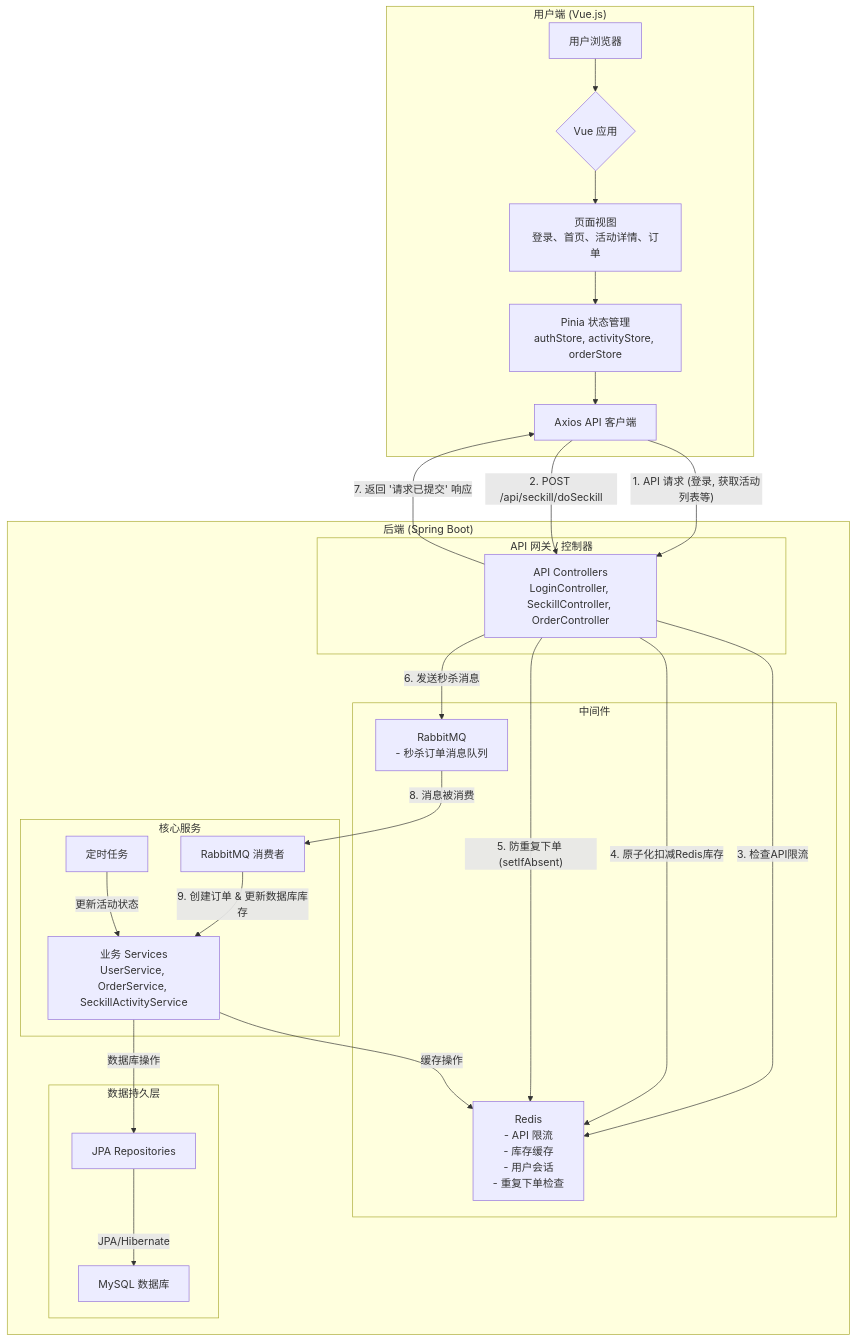
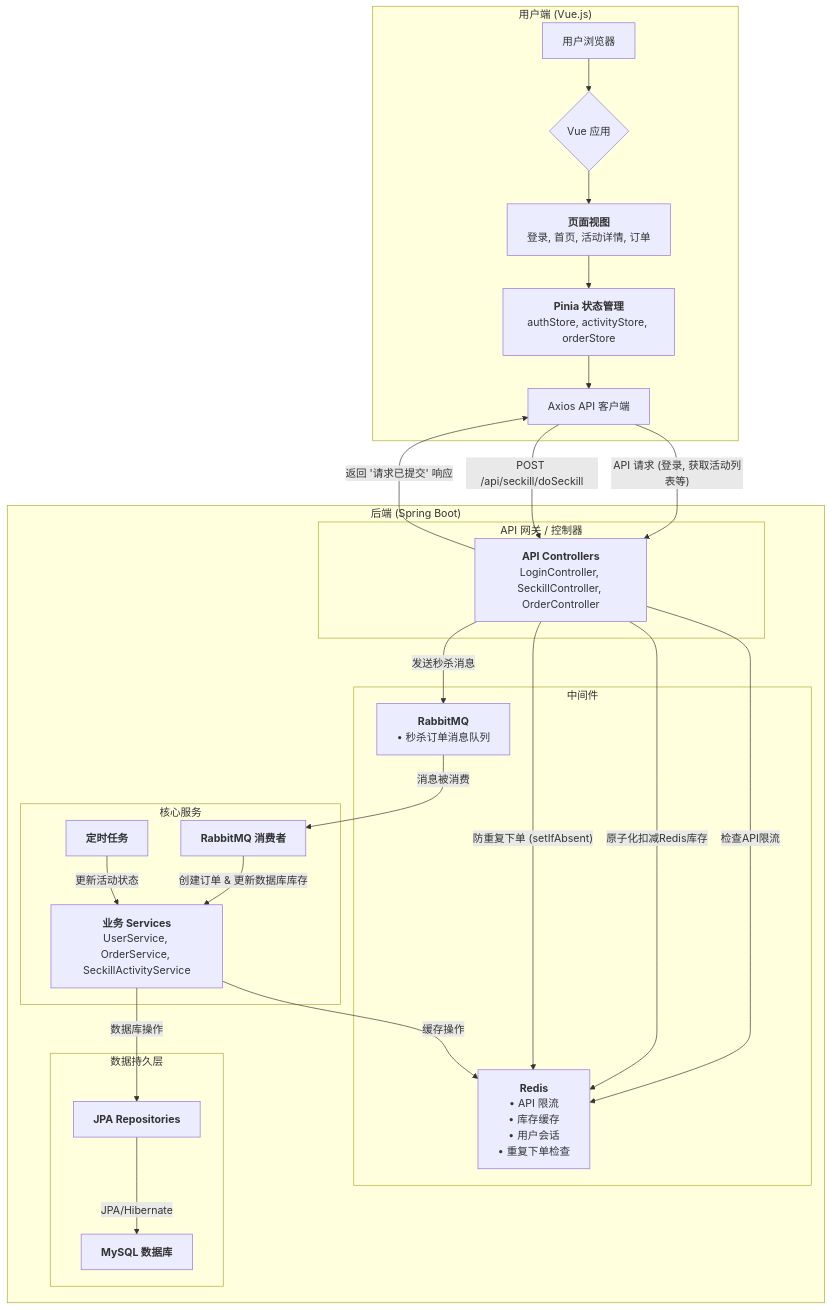
One commit to LeeKeeEE/SecKill changed the diagram in README.md. Above: the diagram before and after it, drawn with Mermaid.

Commit message:
更新readme格式

````diff
--- a/README.md
+++ b/README.md
@@ -18,54 +18,54 @@
 ```mermaid   
 graph TD
     subgraph "用户端 (Vue.js)"
         A["用户浏览器"] --> B{"Vue 应用"};
-        B --> C["页面视图<br>登录、首页、活动详情、订单"];
-        C --> D["Pinia 状态管理<br>authStore, activityStore, orderStore"];
+        B --> C["<b>页面视图</b><br>登录, 首页, 活动详情, 订单"];
+        C --> D["<b>Pinia 状态管理</b><br>authStore, activityStore, orderStore"];
         D --> E["Axios API 客户端"];
     end
 
     subgraph "后端 (Spring Boot)"
         subgraph "API 网关 / 控制器"
-            G["API Controllers<br>LoginController, SeckillController, OrderController"];
+            G["<b>API Controllers</b><br>LoginController, SeckillController, OrderController"];
         end
 
         subgraph "中间件"
-            H["Redis<br>- API 限流<br>- 库存缓存<br>- 用户会话<br>- 重复下单检查"];
-            I["RabbitMQ<br>- 秒杀订单消息队列"];
+            H["<b>Redis</b><br>• API 限流<br>• 库存缓存<br>• 用户会话<br>• 重复下单检查"];
+            I["<b>RabbitMQ</b><br>• 秒杀订单消息队列"];
         end
 
         subgraph "核心服务"
-            J["业务 Services<br>UserService, OrderService, SeckillActivityService"];
-            K["RabbitMQ 消费者"];
-            L["定时任务"];
+            J["<b>业务 Services</b><br>UserService, OrderService, SeckillActivityService"];
+            K["<b>RabbitMQ 消费者</b>"];
+            L["<b>定时任务</b>"];
         end
 
         subgraph "数据持久层"
-            M["JPA Repositories"];
-            N["MySQL 数据库"];
+            M["<b>JPA Repositories</b>"];
+            N["<b>MySQL 数据库</b>"];
         end
     end
 
     %% 前端到后端流程
-    E -- "1. API 请求 (登录, 获取活动列表等)" --> G;
+    E -- "API 请求 (登录, 获取活动列表等)" --> G;
 
     %% 秒杀核心流程 (高并发路径)
-    E -- "2. POST /api/seckill/doSeckill" --> G;
-    G -- "3. 检查API限流" --> H;
-    G -- "4. 原子化扣减Redis库存" --> H;
-    G -- "5. 防重复下单 (setIfAbsent)" --> H;
-    G -- "6. 发送秒杀消息" --> I;
-    G -- "7. 返回 '请求已提交' 响应" --> E;
+    E -- "POST /api/seckill/doSeckill" --> G;
+    G -- "检查API限流" --> H;
+    G -- "原子化扣减Redis库存" --> H;
+    G -- "防重复下单 (setIfAbsent)" --> H;
+    G -- "发送秒杀消息" --> I;
+    G -- "返回 '请求已提交' 响应" --> E;
 
     %% 异步订单创建流程
-    I -- "8. 消息被消费" --> K;
-    K -- "9. 创建订单 & 更新数据库库存" --> J;
+    I -- "消息被消费" --> K;
+    K -- "创建订单 & 更新数据库库存" --> J;
 
     %% 通用后端流程
     J -- "数据库操作" --> M;
     M -- "JPA/Hibernate" --> N;
     J -- "缓存操作" --> H;
 
     %% 定时任务流程
     L -- "更新活动状态" --> J;
 ```   
````
